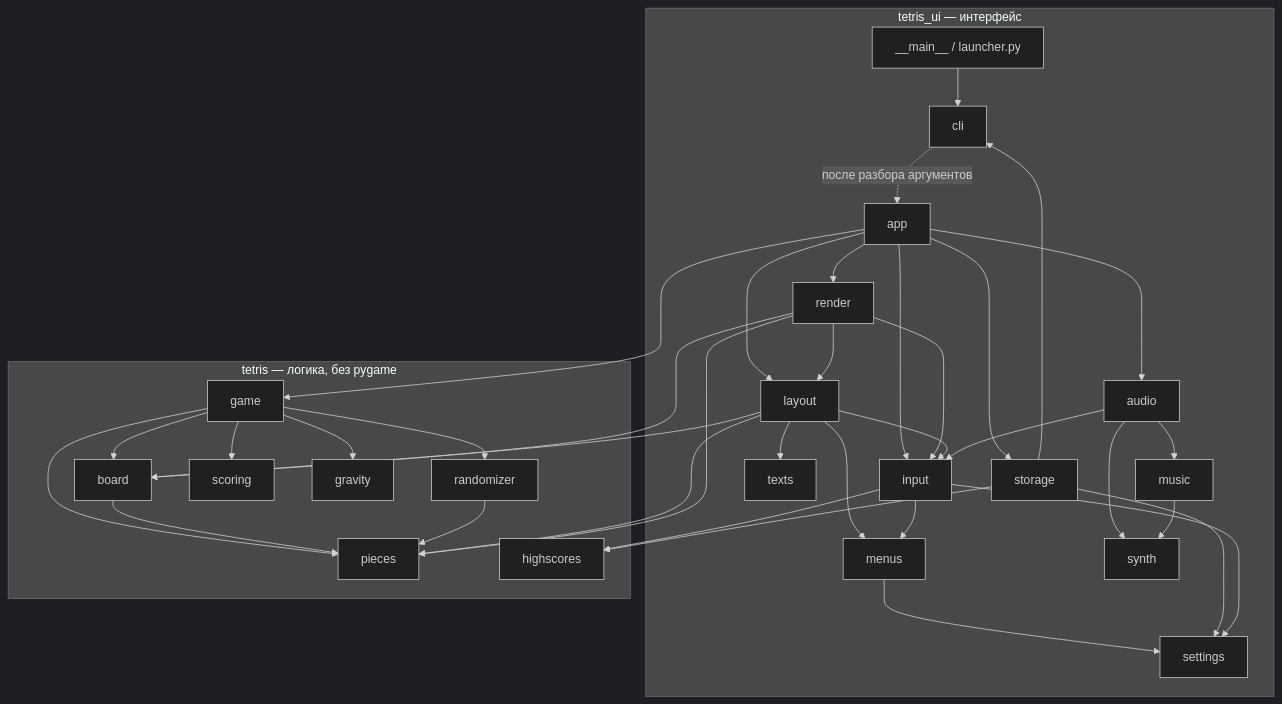
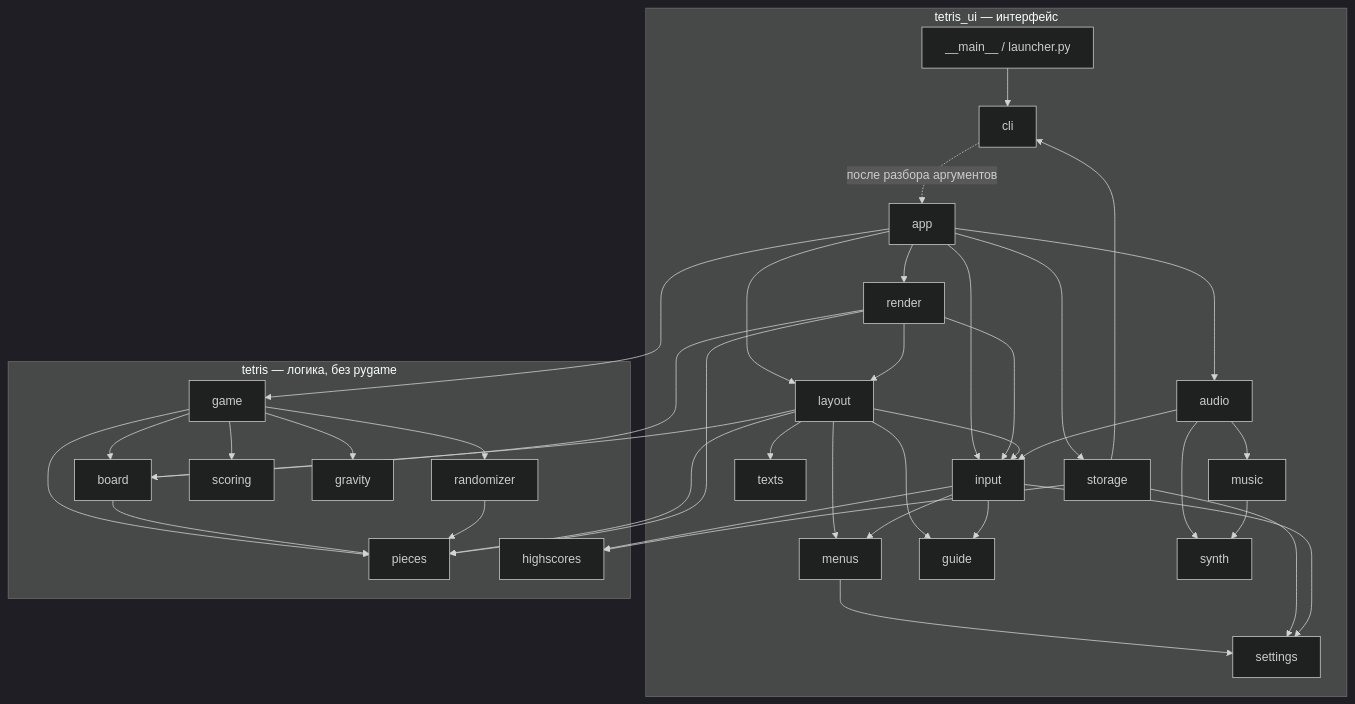
The first of 3 diagrams in docs/architecture.md (gadtakoi/tetris), drawn with Mermaid (dark theme) before and after one commit. The commit also changed other lines of this file and 16 other files, not shown here.

````diff
--- a/docs/architecture.md
+++ b/docs/architecture.md
@@ -14,27 +14,27 @@
 ```mermaid
 flowchart TB
     subgraph ui["tetris_ui — интерфейс"]
         main["__main__ / launcher.py"] --> cli
         cli -.->|"после разбора аргументов"| app
         app --> input & render & audio & storage & layout
         render --> layout & input
-        layout --> input & menus & texts
-        input --> menus
+        layout --> input & menus & texts & guide
+        input --> menus & guide
         menus --> settings
         audio --> synth & music & input
         music --> synth
         storage --> settings & cli
         input --> settings
     end
     subgraph logic["tetris — логика, без pygame"]
         game --> board & pieces & randomizer & scoring & gravity
         board --> pieces
         randomizer --> pieces
         highscores
     end
     app --> game
     input --> highscores
     storage --> highscores
     layout --> board & pieces
     render --> board & pieces
 ```
````
